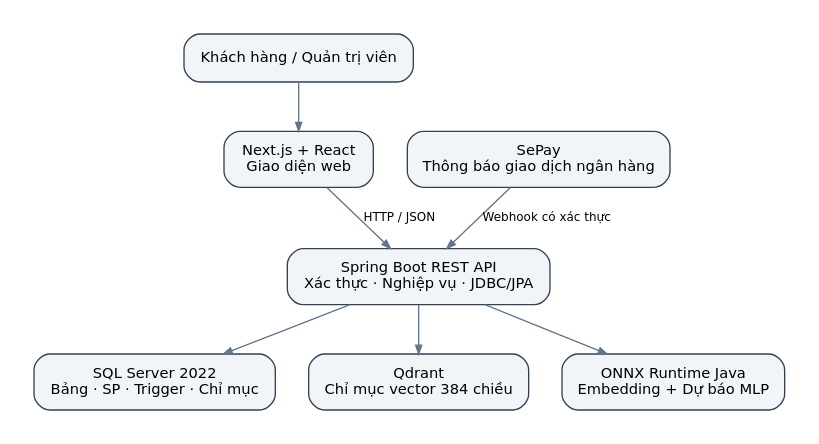
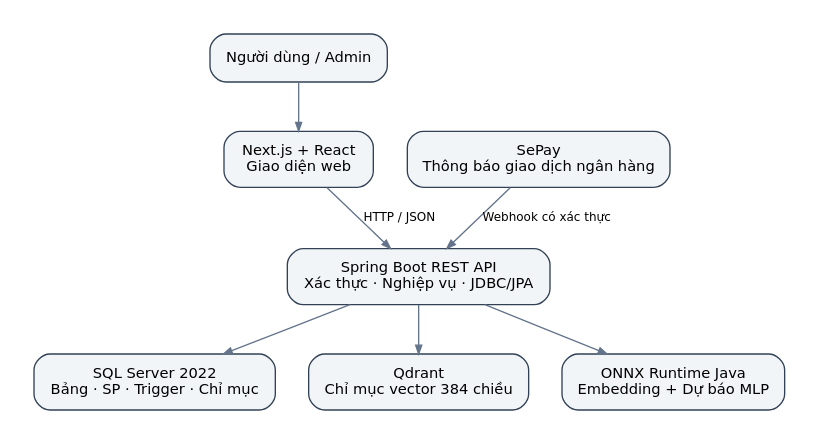
The diagram in report/CT221H_assets/architecture.dot (Hungcb123/CT221H_NguyenLyHeQuanTriCSDL), drawn with Graphviz before and after one commit. The commit also changed 55 other files, not shown here.

```diff
--- a/report/CT221H_assets/architecture.dot
+++ b/report/CT221H_assets/architecture.dot
@@ -1,17 +1,17 @@
 digraph G { graph [rankdir=TB, bgcolor="white", pad="0.25", nodesep="0.35", ranksep="0.5"]; node [shape=box,style="rounded,filled",fillcolor="#F1F5F8",color="#334155",fontname="DejaVu Sans",fontsize=11,margin="0.16,0.12"]; edge [color="#64748B",fontname="DejaVu Sans",fontsize=9,arrowsize=0.65];
- user [label="Khách hàng / Quản trị viên"];
+ user [label="Người dùng / Admin"];
  web [label="Next.js + React
 Giao diện web"];
  api [label="Spring Boot REST API
 Xác thực · Nghiệp vụ · JDBC/JPA"];
  sql [label="SQL Server 2022
 Bảng · SP · Trigger · Chỉ mục"];
  vector [label="Qdrant
 Chỉ mục vector 384 chiều"];
  onnx [label="ONNX Runtime Java
 Embedding + Dự báo MLP"];
  sepay [label="SePay
 Thông báo giao dịch ngân hàng"];
  user -> web;web -> api [label="HTTP / JSON"];
  api -> sql;api -> vector;api -> onnx;sepay -> api [label="Webhook có xác thực"];
 }
```
